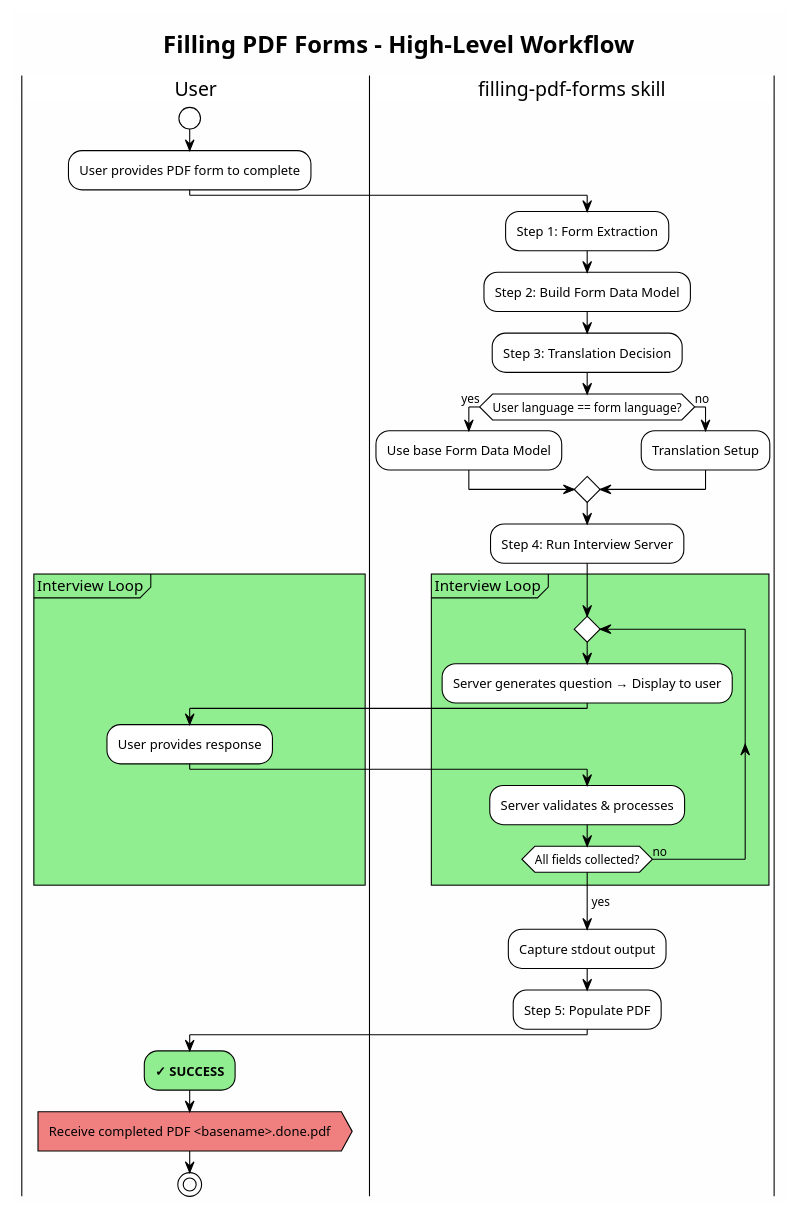
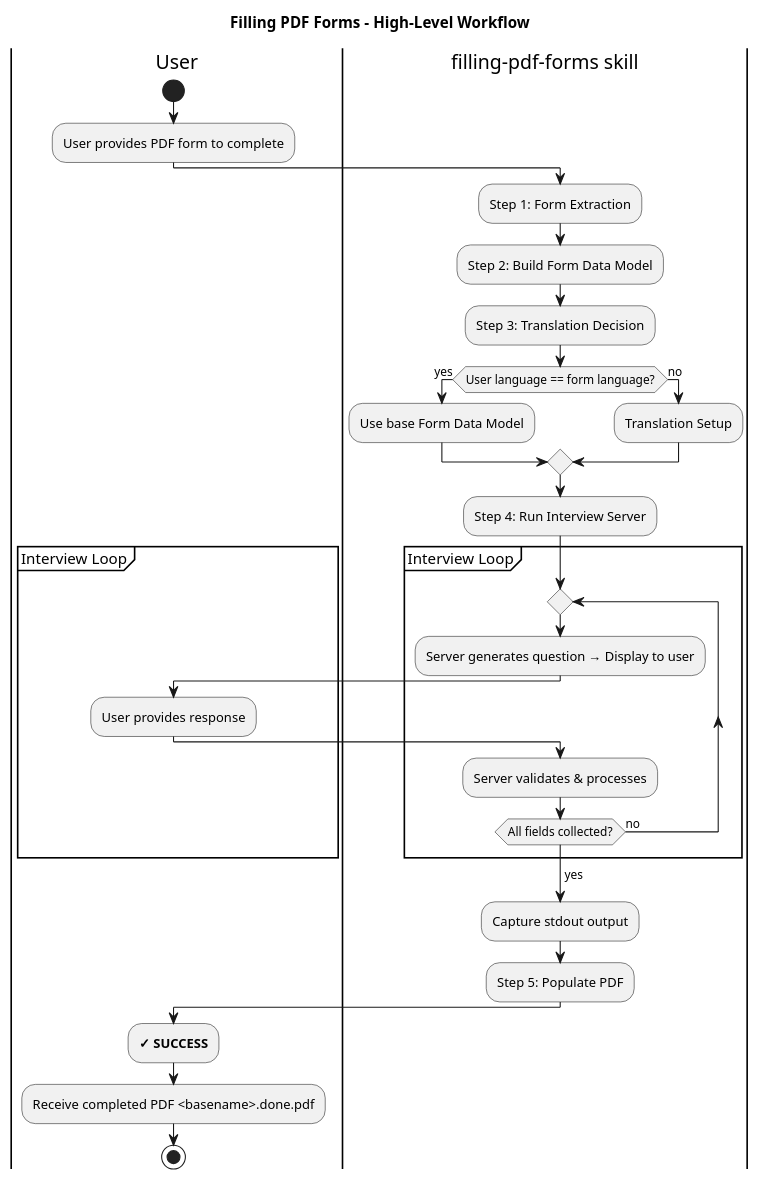
The diagram in Claude/filling-pdf-forms/skills/filling-pdf-forms/SKILL.md (jhs/Chatfield), drawn with PlantUML before and after one commit. The commit also changed 3 other files, not shown here.

````diff
--- a/Claude/filling-pdf-forms/skills/filling-pdf-forms/SKILL.md
+++ b/Claude/filling-pdf-forms/skills/filling-pdf-forms/SKILL.md
@@ -19,55 +19,47 @@
 ```plantuml
 @startuml SKILL
-!theme plain
-skinparam backgroundColor #FEFEFE
-skinparam activity {
-  BackgroundColor<<Decision>> LightYellow
-  BackgroundColor<<Process>> LightBlue
-  BackgroundColor<<SubProcess>> LightGreen
-  BackgroundColor<<Output>> LightCoral
-}
 
 title Filling PDF Forms - High-Level Workflow
 
 |User|
 start
 :User provides PDF form to complete;
 
 |filling-pdf-forms skill|
 
 :Step 1: Form Extraction;
 
 :Step 2: Build Form Data Model;
 
 :Step 3: Translation Decision;
 
 if (User language == form language?) then (yes)
   :Use base Form Data Model;
 else (no)
   :Translation Setup;
 endif
 
 :Step 4: Run Interview Server;
 
-partition "Interview Loop" #LightGreen {
+partition "Interview Loop" {
   repeat
     :Server generates question → Display to user;
     |User|
     :User provides response;
     |filling-pdf-forms skill|
     :Server validates & processes;
   repeat while (All fields collected?) is (no)
   ->yes;
 }
 
 :Capture stdout output;
 
 :Step 5: Populate PDF;
 
 |User|
-#LightGreen:**✓ SUCCESS**;
-:Receive completed PDF <basename>.done.pdf;<<Output>>
+:**✓ SUCCESS**;
+:Receive completed PDF <basename>.done.pdf;
 stop
 
 @enduml
 ```
````
